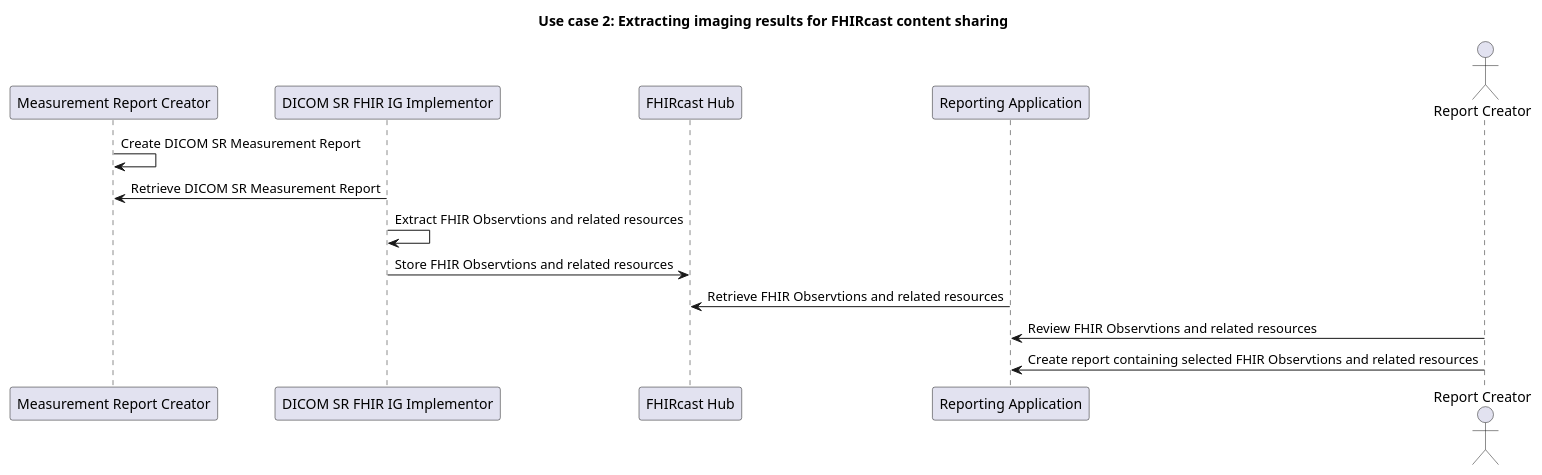
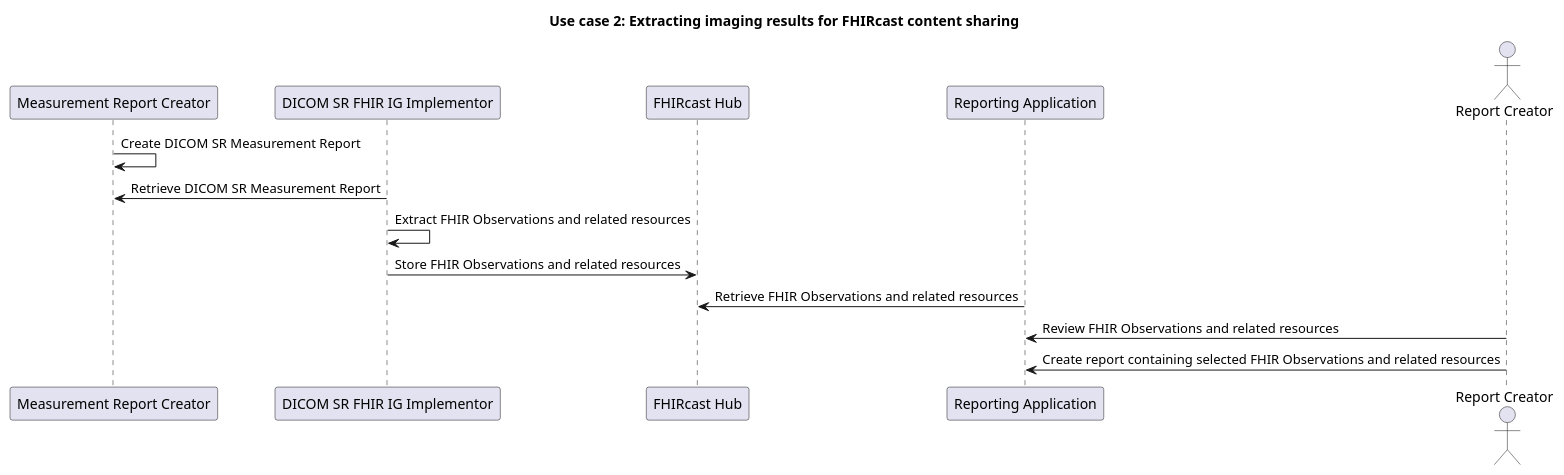
Before and after one commit to HL7/dicom-sr: the diagram in input/images-source/use_case_2_fhircast.plantuml, drawn with PlantUML. The commit also changed 12 other files, not shown here.

```diff
--- a/input/images-source/use_case_2_fhircast.plantuml
+++ b/input/images-source/use_case_2_fhircast.plantuml
@@ -1,18 +1,18 @@
 @startuml fhircast_content_sharing
 title Use case 2: Extracting imaging results for FHIRcast content sharing
 
 participant "Measurement Report Creator" as sr_creator
 participant "DICOM SR FHIR IG Implementor" as ig_implementor
 participant "FHIRcast Hub" as fhircast_hub
 participant "Reporting Application" as report_creator
 actor "Report Creator" as reporter
 
 sr_creator -> sr_creator: Create DICOM SR Measurement Report
 ig_implementor -> sr_creator: Retrieve DICOM SR Measurement Report
-ig_implementor -> ig_implementor: Extract FHIR Observtions and related resources
-ig_implementor -> fhircast_hub: Store FHIR Observtions and related resources
-report_creator -> fhircast_hub: Retrieve FHIR Observtions and related resources
-reporter -> report_creator: Review FHIR Observtions and related resources
-reporter -> report_creator: Create report containing selected FHIR Observtions and related resources
+ig_implementor -> ig_implementor: Extract FHIR Observations and related resources
+ig_implementor -> fhircast_hub: Store FHIR Observations and related resources
+report_creator -> fhircast_hub: Retrieve FHIR Observations and related resources
+reporter -> report_creator: Review FHIR Observations and related resources
+reporter -> report_creator: Create report containing selected FHIR Observations and related resources
 
 @enduml
```
